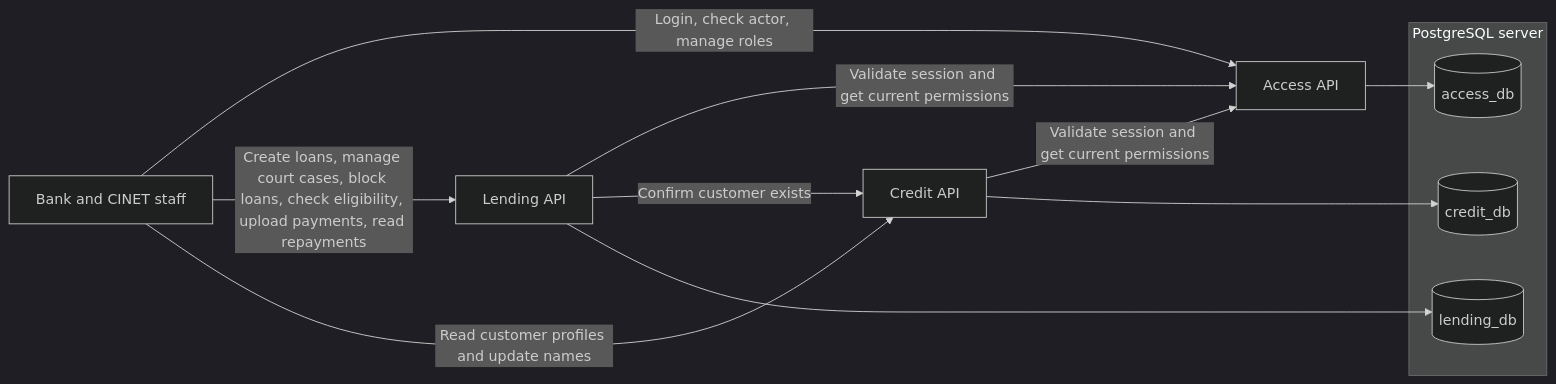
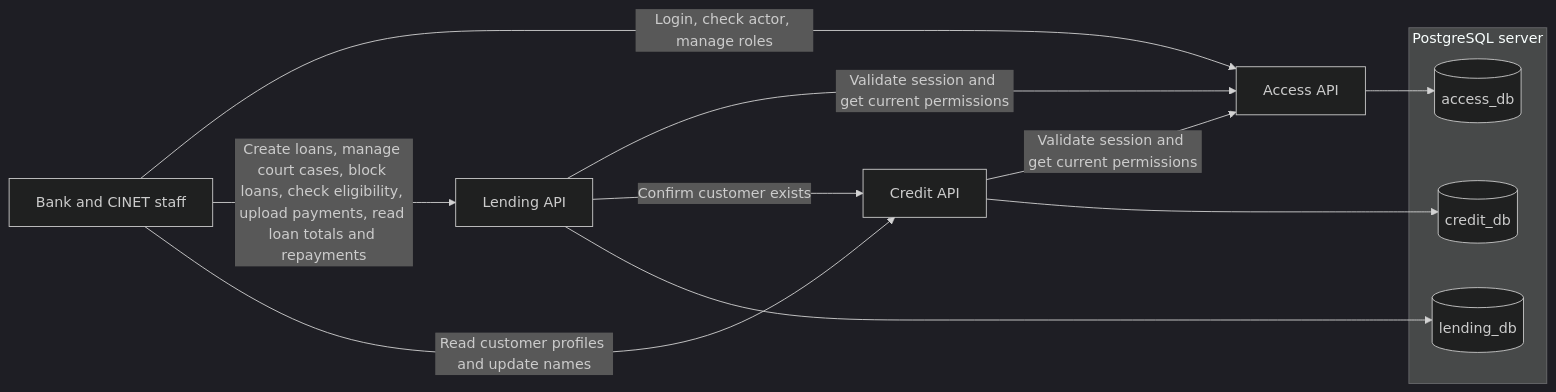
Before and after one commit to aalhendi/peaceful-urchin: the diagram in docs/architecture.md, drawn with Mermaid (dark theme). The commit also changed other lines of this file and 7 other files, not shown here.

First line of the commit message:
feat: implement active loan total feature in Lending API

````diff
--- a/docs/architecture.md
+++ b/docs/architecture.md
@@ -5,20 +5,20 @@
 ```mermaid
 flowchart LR
     staff["Bank and CINET staff"] -->|Login, check actor, manage roles| access["Access API"]
-    staff -->|Create loans, manage court cases, block loans, check eligibility, upload payments, read repayments| lending["Lending API"]
+    staff -->|Create loans, manage court cases, block loans, check eligibility, upload payments, read loan totals and repayments| lending["Lending API"]
     staff -->|Read customer profiles and update names| credit["Credit API"]
 
     lending -->|Validate session and get current permissions| access
     credit -->|Validate session and get current permissions| access
     lending -->|Confirm customer exists| credit
 
     subgraph postgres["PostgreSQL server"]
         accessDb[(access_db)]
         lendingDb[(lending_db)]
         creditDb[(credit_db)]
     end
 
     access --> accessDb
     lending --> lendingDb
     credit --> creditDb
 ```
````
